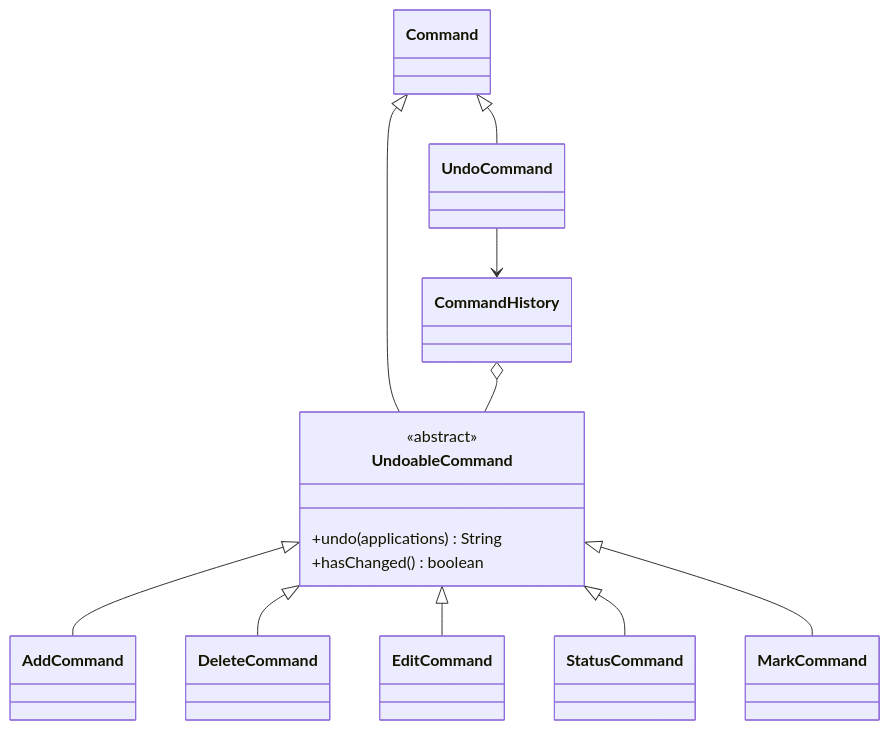
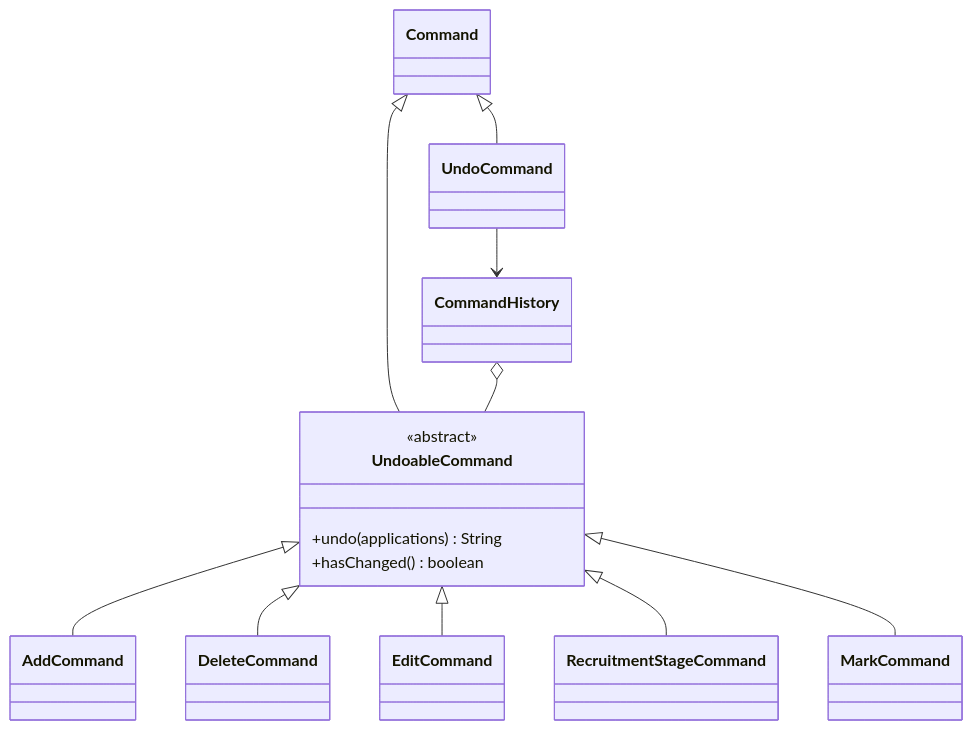
The eighth of 12 diagrams in docs/DeveloperGuide.md (AY2627S1-CS2113-T10-2/tp), drawn with Mermaid before and after one commit. The commit also changed other lines of this file and 23 other files, not shown here.

Commit message:
Changed Naming from Status to RecruitmentStage

````diff
--- a/docs/DeveloperGuide.md
+++ b/docs/DeveloperGuide.md
@@ -443,17 +442,17 @@
 ```mermaid
 classDiagram
     Command <|-- UndoableCommand
     Command <|-- UndoCommand
     UndoableCommand <|-- AddCommand
     UndoableCommand <|-- DeleteCommand
     UndoableCommand <|-- EditCommand
-    UndoableCommand <|-- StatusCommand
+    UndoableCommand <|-- RecruitmentStageCommand
     UndoableCommand <|-- MarkCommand
     CommandHistory o-- UndoableCommand
     UndoCommand --> CommandHistory
     class UndoableCommand {
         <<abstract>>
         +undo(applications) String
         +hasChanged() boolean
     }
 ```
````
